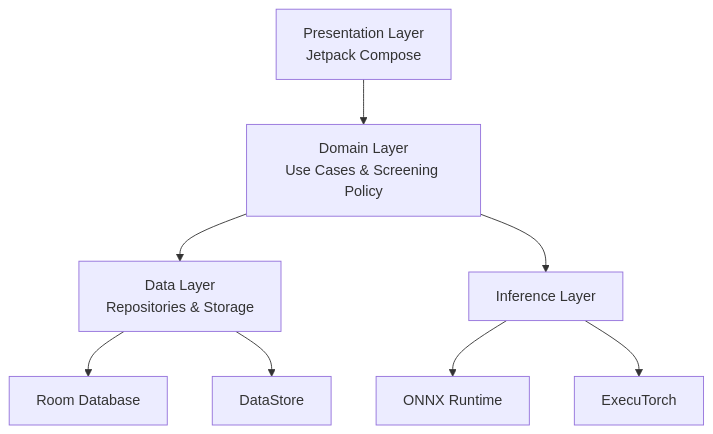
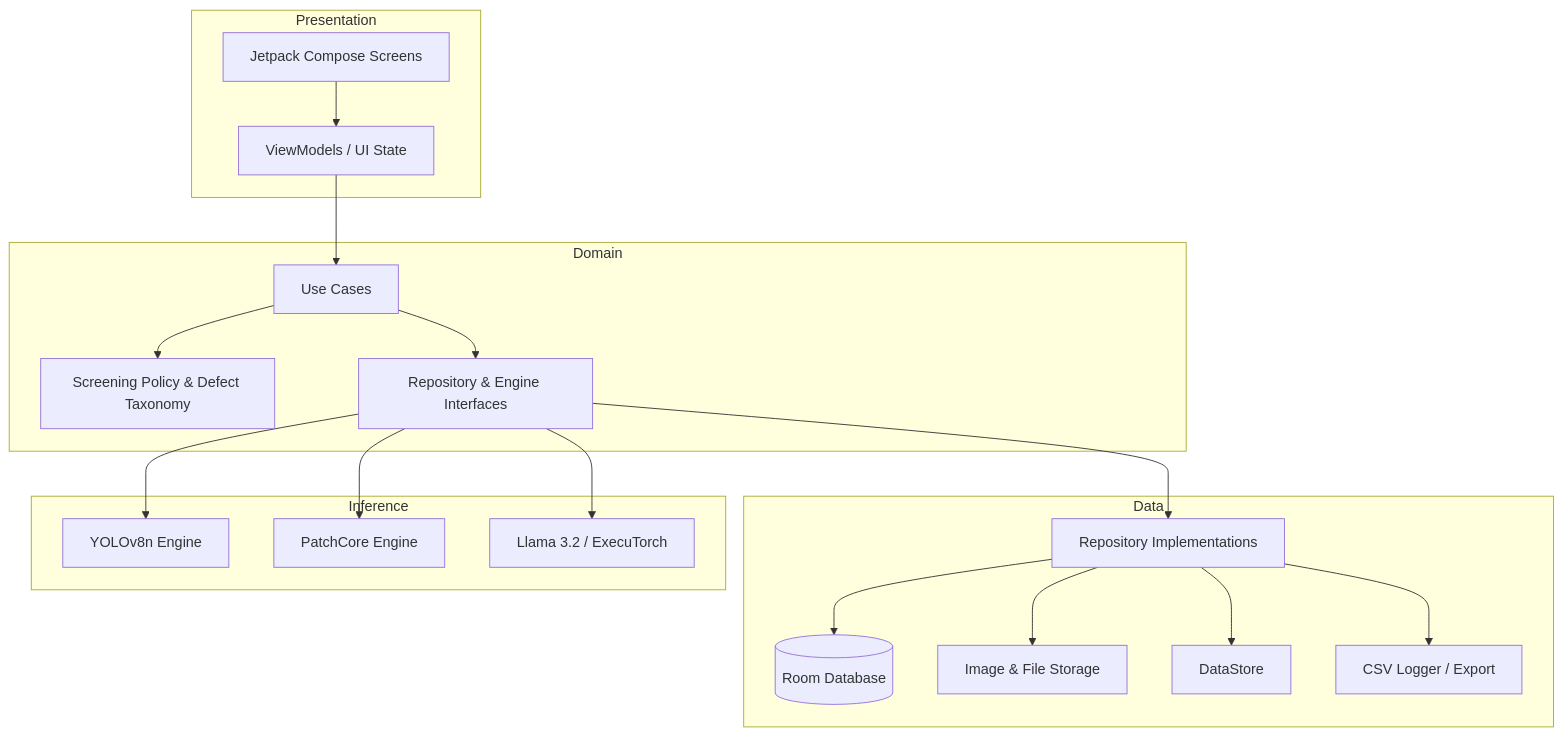
The second of 2 diagrams in README.md (radicalSanta/Bharat-AI-PCB-Inspector), drawn with Mermaid before and after one commit. The commit also changed other lines of this file, not shown here.

````diff
--- a/README.md
+++ b/README.md
@@ -99,10 +502,40 @@
 ```mermaid
-flowchart TD
-    A[Presentation Layer<br/>Jetpack Compose] --> B[Domain Layer<br/>Use Cases & Screening Policy]
-    B --> C[Data Layer<br/>Repositories & Storage]
-    B --> D[Inference Layer]
-    D --> E[ONNX Runtime]
-    D --> F[ExecuTorch]
-    C --> G[Room Database]
-    C --> H[DataStore]
+flowchart TB
+    subgraph Presentation
+        UI[Jetpack Compose Screens]
+        VM[ViewModels / UI State]
+        UI --> VM
+    end
+
+    subgraph Domain
+        UC[Use Cases]
+        POLICY[Screening Policy & Defect Taxonomy]
+        CONTRACTS[Repository & Engine Interfaces]
+        VM --> UC
+        UC --> POLICY
+        UC --> CONTRACTS
+    end
+
+    subgraph Data
+        REPO[Repository Implementations]
+        ROOM[(Room Database)]
+        STORAGE[Image & File Storage]
+        PREF[DataStore]
+        CSV[CSV Logger / Export]
+        REPO --> ROOM
+        REPO --> STORAGE
+        REPO --> PREF
+        REPO --> CSV
+    end
+
+    subgraph Inference
+        YOLO[YOLOv8n Engine]
+        PATCH[PatchCore Engine]
+        LLM[Llama 3.2 / ExecuTorch]
+    end
+
+    CONTRACTS --> REPO
+    CONTRACTS --> YOLO
+    CONTRACTS --> PATCH
+    CONTRACTS --> LLM
 ```
````
